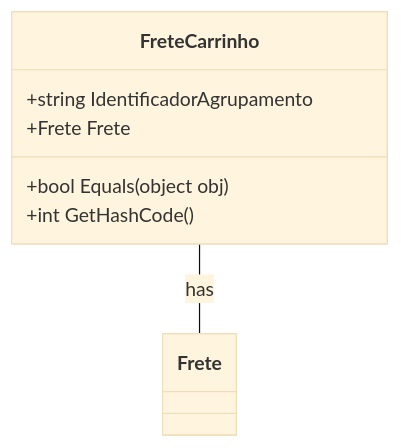
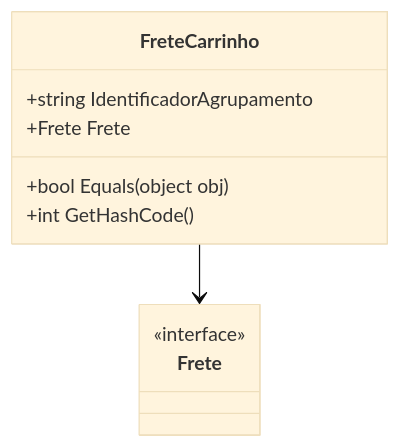
Before and after one commit to IsthmusSistemas/documentacao-tecnica: the diagram in docs/b2b-dominio/IsthmusWinthor.Nucleo/IsthmusWinthor.Dominio/POCO/Carrinho/FreteCarrinho.md, drawn with Mermaid (base theme). The commit also changed other lines of this file and 882 other files, not shown here.

````diff
--- a/docs/b2b-dominio/IsthmusWinthor.Nucleo/IsthmusWinthor.Dominio/POCO/Carrinho/FreteCarrinho.md
+++ b/docs/b2b-dominio/IsthmusWinthor.Nucleo/IsthmusWinthor.Dominio/POCO/Carrinho/FreteCarrinho.md
@@ -34,10 +34,15 @@
 ```mermaid
 classDiagram
     class FreteCarrinho {
         +string IdentificadorAgrupamento
         +Frete Frete
         +bool Equals(object obj)
         +int GetHashCode()
     }
-    FreteCarrinho -- Frete : has
+
+    class Frete {
+        <<interface>>
+    }
+
+    FreteCarrinho --> Frete
 ``` 
````
